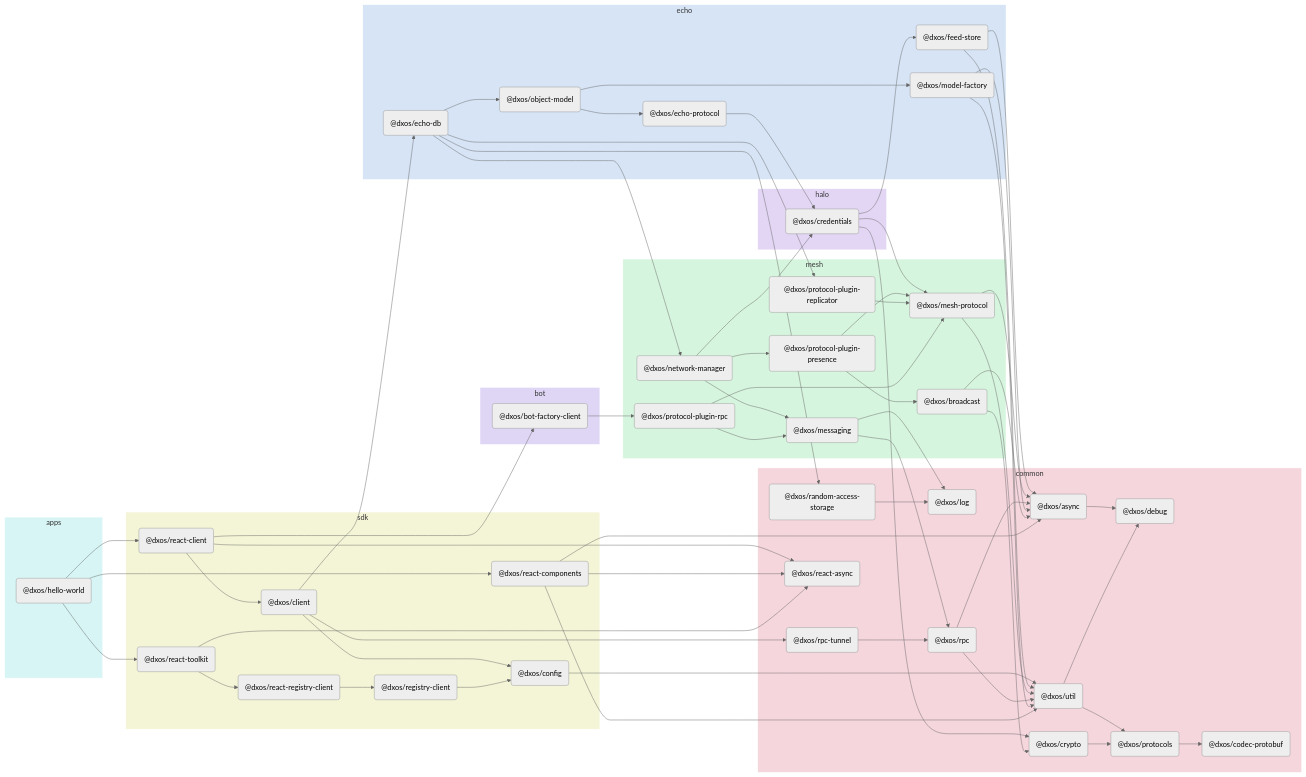
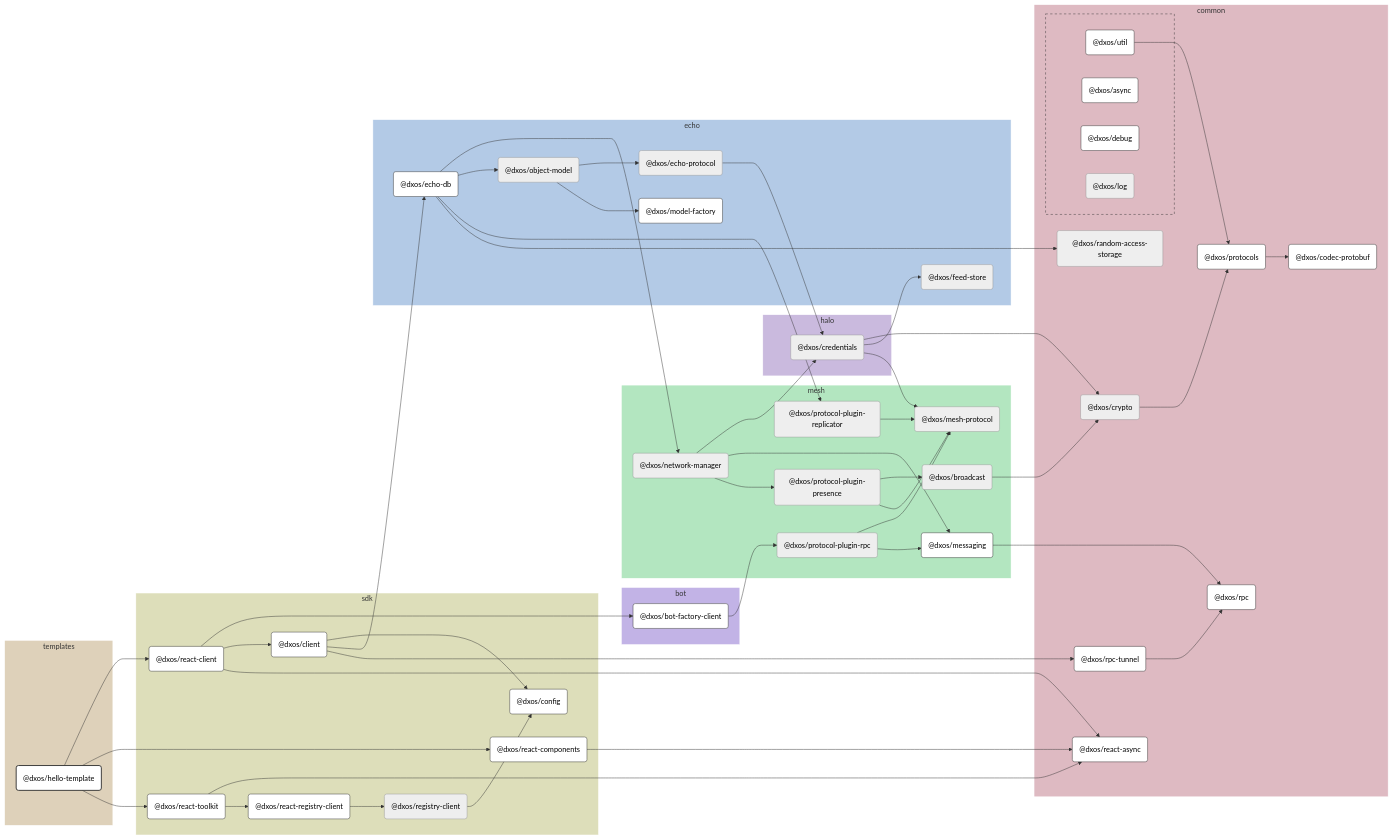
Before and after one commit to dxos/dxos: the diagram in apps/templates/hello/docs/README.md, drawn with Mermaid (neutral theme). The commit also changed other lines of this file and 69 other files, not shown here.

````diff
--- a/apps/templates/hello/docs/README.md
+++ b/apps/templates/hello/docs/README.md
@@ -5,120 +7,167 @@
 ```mermaid
-flowchart LR;
+%%{ init: {'flowchart':{'curve':'basis'}} }%%
 
-subgraph apps
-  style apps fill:#d6f5f4,stroke:#fff;
-  dxos/hello-world("@dxos/hello-world");
+flowchart LR
+
+%% Links
+dxos/bot-factory-client --> dxos/protocol-plugin-rpc;
+dxos/broadcast --> dxos/crypto;
+dxos/client --> dxos/config;
+dxos/client --> dxos/echo-db;
+dxos/client --> dxos/rpc-tunnel;
+dxos/credentials --> dxos/crypto;
+dxos/credentials --> dxos/feed-store;
+dxos/credentials --> dxos/mesh-protocol;
+dxos/crypto --> dxos/protocols;
+dxos/echo-db --> dxos/network-manager;
+dxos/echo-db --> dxos/object-model;
+dxos/echo-db --> dxos/protocol-plugin-replicator;
+dxos/echo-db --> dxos/random-access-storage;
+dxos/echo-protocol --> dxos/credentials;
+dxos/hello-template --> dxos/react-client;
+dxos/hello-template --> dxos/react-components;
+dxos/hello-template --> dxos/react-toolkit;
+dxos/messaging --> dxos/rpc;
+dxos/network-manager --> dxos/credentials;
+dxos/network-manager --> dxos/messaging;
+dxos/network-manager --> dxos/protocol-plugin-presence;
+dxos/object-model --> dxos/echo-protocol;
+dxos/object-model --> dxos/model-factory;
+dxos/protocol-plugin-presence --> dxos/broadcast;
+dxos/protocol-plugin-presence --> dxos/mesh-protocol;
+dxos/protocol-plugin-replicator --> dxos/mesh-protocol;
+dxos/protocol-plugin-rpc --> dxos/mesh-protocol;
+dxos/protocol-plugin-rpc --> dxos/messaging;
+dxos/protocols --> dxos/codec-protobuf;
+dxos/react-client --> dxos/bot-factory-client;
+dxos/react-client --> dxos/client;
+dxos/react-client --> dxos/react-async;
+dxos/react-components --> dxos/react-async;
+dxos/react-registry-client --> dxos/registry-client;
+dxos/react-toolkit --> dxos/react-async;
+dxos/react-toolkit --> dxos/react-registry-client;
+dxos/registry-client --> dxos/config;
+dxos/rpc-tunnel --> dxos/rpc;
+dxos/util --> dxos/protocols;
+
+%% Sections
+subgraph templates
+  style templates fill:#ded1ba,stroke:#fff;
+
+  dxos/hello-template("@dxos/hello-template")
 end
 
 subgraph sdk
-  style sdk fill:#f4f5d6,stroke:#fff;
-  dxos/client("@dxos/client");
-  dxos/config("@dxos/config");
-  dxos/react-client("@dxos/react-client");
-  dxos/react-components("@dxos/react-components");
-  dxos/react-toolkit("@dxos/react-toolkit");
-  dxos/react-registry-client("@dxos/react-registry-client");
-  dxos/registry-client("@dxos/registry-client");
+  style sdk fill:#dddeba,stroke:#fff;
+
+  dxos/client("@dxos/client")
+  dxos/config("@dxos/config")
+  dxos/react-client("@dxos/react-client")
+  dxos/react-components("@dxos/react-components")
+  dxos/react-registry-client("@dxos/react-registry-client")
+  dxos/react-toolkit("@dxos/react-toolkit")
+  dxos/registry-client("@dxos/registry-client")
 end
 
 subgraph common
-  style common fill:#f5d6dd,stroke:#fff;
-  dxos/async("@dxos/async");
-  dxos/debug("@dxos/debug");
-  dxos/codec-protobuf("@dxos/codec-protobuf");
-  dxos/protocols("@dxos/protocols");
-  dxos/util("@dxos/util");
-  dxos/log("@dxos/log");
-  dxos/crypto("@dxos/crypto");
-  dxos/rpc("@dxos/rpc");
-  dxos/random-access-storage("@dxos/random-access-storage");
-  dxos/rpc-tunnel("@dxos/rpc-tunnel");
-  dxos/react-async("@dxos/react-async");
+  style common fill:#debac2,stroke:#fff;
+
+  dxos/codec-protobuf("@dxos/codec-protobuf")
+  dxos/crypto("@dxos/crypto")
+  dxos/protocols("@dxos/protocols")
+  dxos/random-access-storage("@dxos/random-access-storage")
+  dxos/react-async("@dxos/react-async")
+  dxos/rpc("@dxos/rpc")
+  dxos/rpc-tunnel("@dxos/rpc-tunnel")
+
+  subgraph common-excluded [ ]
+    style common-excluded fill:#debac2,stroke:#333,stroke-dasharray:5 5;
+
+    dxos/async("@dxos/async")
+    dxos/debug("@dxos/debug")
+    dxos/log("@dxos/log")
+    dxos/util("@dxos/util")
+  end
 end
 
 subgraph echo
-  style echo fill:#d6e4f5,stroke:#fff;
-  dxos/echo-db("@dxos/echo-db");
-  dxos/feed-store("@dxos/feed-store");
-  dxos/echo-protocol("@dxos/echo-protocol");
-  dxos/model-factory("@dxos/model-factory");
-  dxos/object-model("@dxos/object-model");
+  style echo fill:#b3cae6,stroke:#fff;
+
+  dxos/echo-db("@dxos/echo-db")
+  dxos/echo-protocol("@dxos/echo-protocol")
+  dxos/feed-store("@dxos/feed-store")
+  dxos/model-factory("@dxos/model-factory")
+  dxos/object-model("@dxos/object-model")
 end
 
 subgraph halo
-  style halo fill:#e3d6f5,stroke:#fff;
-  dxos/credentials("@dxos/credentials");
+  style halo fill:#cabade,stroke:#fff;
+
+  dxos/credentials("@dxos/credentials")
 end
 
 subgraph mesh
-  style mesh fill:#d6f5de,stroke:#fff;
-  dxos/mesh-protocol("@dxos/mesh-protocol");
-  dxos/messaging("@dxos/messaging");
-  dxos/network-manager("@dxos/network-manager");
-  dxos/protocol-plugin-presence("@dxos/protocol-plugin-presence");
-  dxos/broadcast("@dxos/broadcast");
-  dxos/protocol-plugin-replicator("@dxos/protocol-plugin-replicator");
-  dxos/protocol-plugin-rpc("@dxos/protocol-plugin-rpc");
+  style mesh fill:#b3e6c0,stroke:#fff;
+
+  dxos/broadcast("@dxos/broadcast")
+  dxos/mesh-protocol("@dxos/mesh-protocol")
+  dxos/messaging("@dxos/messaging")
+  dxos/network-manager("@dxos/network-manager")
+  dxos/protocol-plugin-presence("@dxos/protocol-plugin-presence")
+  dxos/protocol-plugin-replicator("@dxos/protocol-plugin-replicator")
+  dxos/protocol-plugin-rpc("@dxos/protocol-plugin-rpc")
 end
 
 subgraph bot
-  style bot fill:#dfd6f5,stroke:#fff;
-  dxos/bot-factory-client("@dxos/bot-factory-client");
+  style bot fill:#c2b3e6,stroke:#fff;
+
+  dxos/bot-factory-client("@dxos/bot-factory-client")
 end
 
-dxos/async --> dxos/debug;
-dxos/client --> dxos/config;
-dxos/protocols --> dxos/codec-protobuf;
-dxos/config --> dxos/util;
-dxos/util --> dxos/debug;
-dxos/util --> dxos/protocols;
-dxos/client --> dxos/echo-db;
-dxos/credentials --> dxos/crypto;
-dxos/crypto --> dxos/protocols;
-dxos/credentials --> dxos/feed-store;
-dxos/feed-store --> dxos/async;
-dxos/feed-store --> dxos/util;
-dxos/credentials --> dxos/mesh-protocol;
-dxos/mesh-protocol --> dxos/async;
-dxos/mesh-protocol --> dxos/util;
-dxos/echo-protocol --> dxos/credentials;
-dxos/messaging --> dxos/log;
-dxos/messaging --> dxos/rpc;
-dxos/rpc --> dxos/async;
-dxos/rpc --> dxos/util;
-dxos/model-factory --> dxos/async;
-dxos/model-factory --> dxos/util;
-dxos/echo-db --> dxos/network-manager;
-dxos/network-manager --> dxos/credentials;
-dxos/network-manager --> dxos/messaging;
-dxos/network-manager --> dxos/protocol-plugin-presence;
-dxos/protocol-plugin-presence --> dxos/broadcast;
-dxos/broadcast --> dxos/async;
-dxos/broadcast --> dxos/crypto;
-dxos/protocol-plugin-presence --> dxos/mesh-protocol;
-dxos/echo-db --> dxos/object-model;
-dxos/object-model --> dxos/echo-protocol;
-dxos/object-model --> dxos/model-factory;
-dxos/echo-db --> dxos/protocol-plugin-replicator;
-dxos/protocol-plugin-replicator --> dxos/mesh-protocol;
-dxos/echo-db --> dxos/random-access-storage;
-dxos/random-access-storage --> dxos/log;
-dxos/client --> dxos/rpc-tunnel;
-dxos/rpc-tunnel --> dxos/rpc;
-dxos/hello-world --> dxos/react-client;
-dxos/react-client --> dxos/bot-factory-client;
-dxos/bot-factory-client --> dxos/protocol-plugin-rpc;
-dxos/protocol-plugin-rpc --> dxos/messaging;
-dxos/protocol-plugin-rpc --> dxos/mesh-protocol;
-dxos/react-client --> dxos/client;
-dxos/react-client --> dxos/react-async;
-dxos/hello-world --> dxos/react-components;
-dxos/react-components --> dxos/async;
-dxos/react-components --> dxos/react-async;
-dxos/react-components --> dxos/util;
-dxos/hello-world --> dxos/react-toolkit;
-dxos/react-toolkit --> dxos/react-async;
-dxos/react-toolkit --> dxos/react-registry-client;
-dxos/react-registry-client --> dxos/registry-client;
-dxos/registry-client --> dxos/config;
+
+%% Hyperlinks
+click dxos/async "dxos/dxos/tree/main/packages/common/async/docs";
+click dxos/bot-factory-client "dxos/dxos/tree/main/packages/bot/bot-factory-client/docs";
+click dxos/client "dxos/dxos/tree/main/packages/sdk/client/docs";
+click dxos/codec-protobuf "dxos/dxos/tree/main/packages/common/codec-protobuf/docs";
+click dxos/config "dxos/dxos/tree/main/packages/sdk/config/docs";
+click dxos/debug "dxos/dxos/tree/main/packages/common/debug/docs";
+click dxos/echo-db "dxos/dxos/tree/main/packages/echo/echo-db/docs";
+click dxos/messaging "dxos/dxos/tree/main/packages/mesh/messaging/docs";
+click dxos/model-factory "dxos/dxos/tree/main/packages/echo/model-factory/docs";
+click dxos/protocols "dxos/dxos/tree/main/packages/common/protocols/docs";
+click dxos/react-async "dxos/dxos/tree/main/packages/common/react-async/docs";
+click dxos/react-client "dxos/dxos/tree/main/packages/sdk/react-client/docs";
+click dxos/react-components "dxos/dxos/tree/main/packages/sdk/react-components/docs";
+click dxos/react-registry-client "dxos/dxos/tree/main/packages/sdk/react-registry-client/docs";
+click dxos/react-toolkit "dxos/dxos/tree/main/packages/sdk/react-toolkit/docs";
+click dxos/rpc "dxos/dxos/tree/main/packages/common/rpc/docs";
+click dxos/rpc-tunnel "dxos/dxos/tree/main/packages/common/rpc-tunnel/docs";
+click dxos/util "dxos/dxos/tree/main/packages/common/util/docs";
+
+%% Styles
+classDef rootNode fill:#fff,stroke:#333,stroke-width:2px
+classDef defaultNode fill:#fff,stroke:#333,stroke-width:1px
+linkStyle default stroke:#333,stroke-width:1px
+
+dxos/hello-template:::rootNode
+
+dxos/async:::defaultNode
+dxos/bot-factory-client:::defaultNode
+dxos/client:::defaultNode
+dxos/codec-protobuf:::defaultNode
+dxos/config:::defaultNode
+dxos/debug:::defaultNode
+dxos/echo-db:::defaultNode
+dxos/messaging:::defaultNode
+dxos/model-factory:::defaultNode
+dxos/protocols:::defaultNode
+dxos/react-async:::defaultNode
+dxos/react-client:::defaultNode
+dxos/react-components:::defaultNode
+dxos/react-registry-client:::defaultNode
+dxos/react-toolkit:::defaultNode
+dxos/rpc:::defaultNode
+dxos/rpc-tunnel:::defaultNode
+dxos/util:::defaultNode
 ```
````
